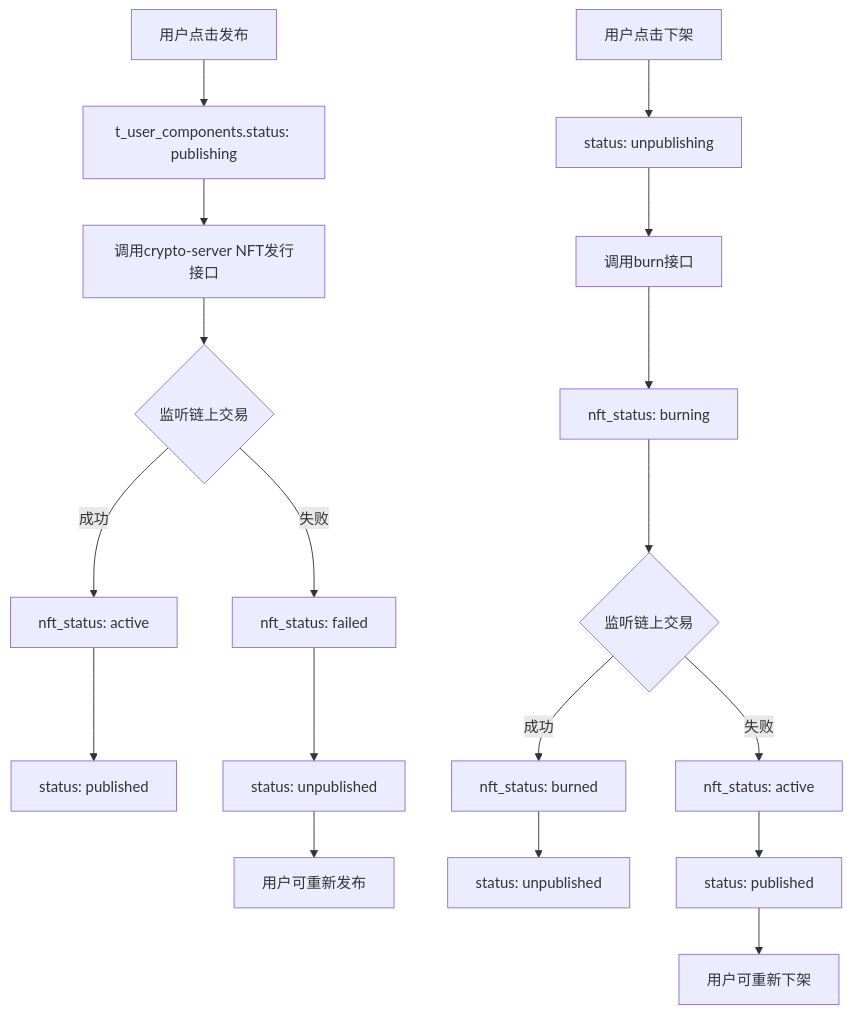
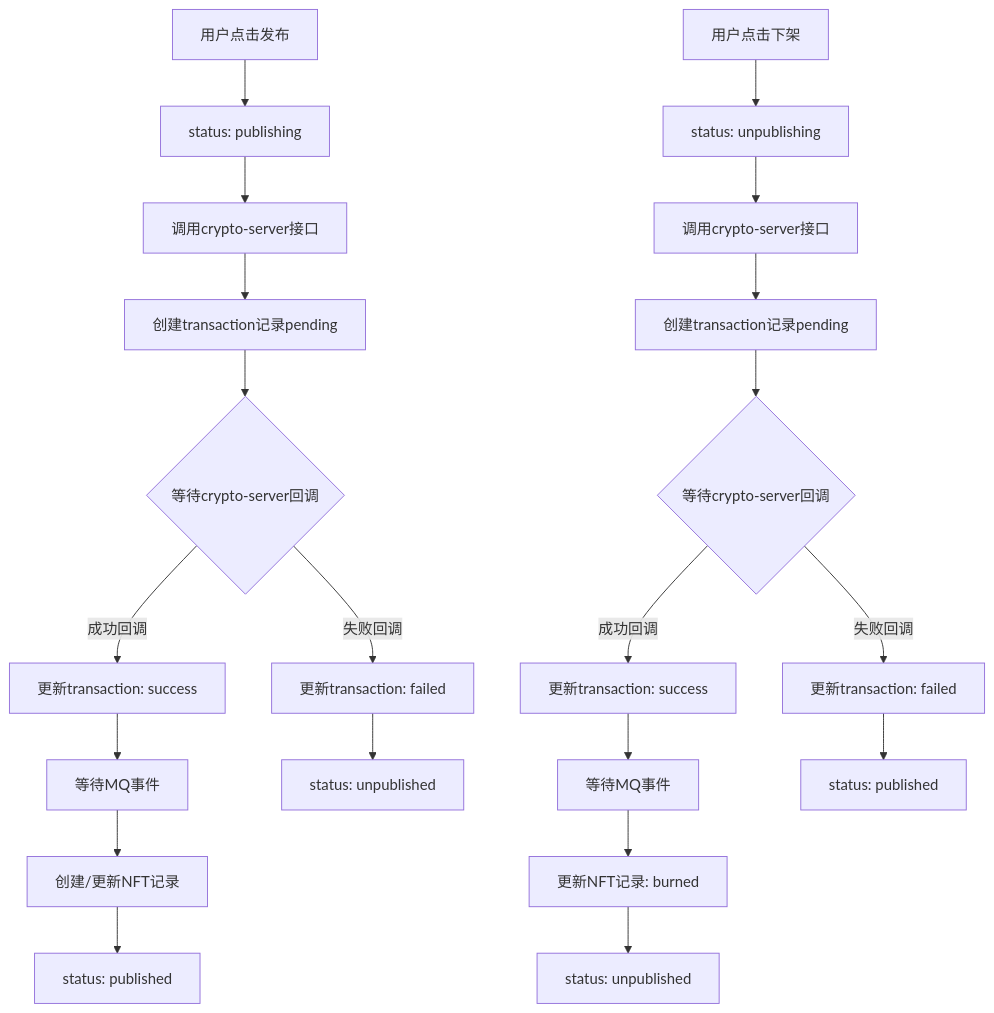
Before and after one commit to yingjianzh/iodraw-files: the diagram in all/未命名-74.md, drawn with Mermaid.

Commit message:
2025-07-07 15:49:17 update

````diff
--- a/all/未命名-74.md
+++ b/all/未命名-74.md
@@ -1,21 +1,28 @@
 ```mermaid
 graph TD
-    A[用户点击发布] --> B[t_user_components.status: publishing]
-    B --> C[调用crypto-server NFT发行接口]
-    C --> E{监听链上交易}
-    E -->|成功| F[nft_status: active]
-    F --> G[status: published]
-    E -->|失败| H[nft_status: failed]
-    H --> I[status: unpublished]
-    I --> J[用户可重新发布]
+    A[用户点击发布] --> B[status: publishing]
+    B --> C[调用crypto-server接口]
+    C --> D[创建transaction记录pending]
+    D --> E{等待crypto-server回调}
     
-    K[用户点击下架] --> L[status: unpublishing]
-    L --> M[调用burn接口]
-    M --> N[nft_status: burning]
-    N --> O{监听链上交易}
-    O -->|成功| P[nft_status: burned]
-    P --> Q[status: unpublished]
-    O -->|失败| R[nft_status: active]
-    R --> S[status: published]
-    S --> T[用户可重新下架]
+    E -->|成功回调| F[更新transaction: success]
+    F --> G[等待MQ事件]
+    G --> H[创建/更新NFT记录]
+    H --> I[status: published]
+    
+    E -->|失败回调| J[更新transaction: failed]
+    J --> K[status: unpublished]
+    
+    L[用户点击下架] --> M[status: unpublishing]
+    M --> N[调用crypto-server接口]
+    N --> O[创建transaction记录pending]
+    O --> P{等待crypto-server回调}
+    
+    P -->|成功回调| Q[更新transaction: success]
+    Q --> R[等待MQ事件]
+    R --> S[更新NFT记录: burned]
+    S --> T[status: unpublished]
+    
+    P -->|失败回调| U[更新transaction: failed]
+    U --> V[status: published]
 ```
````
